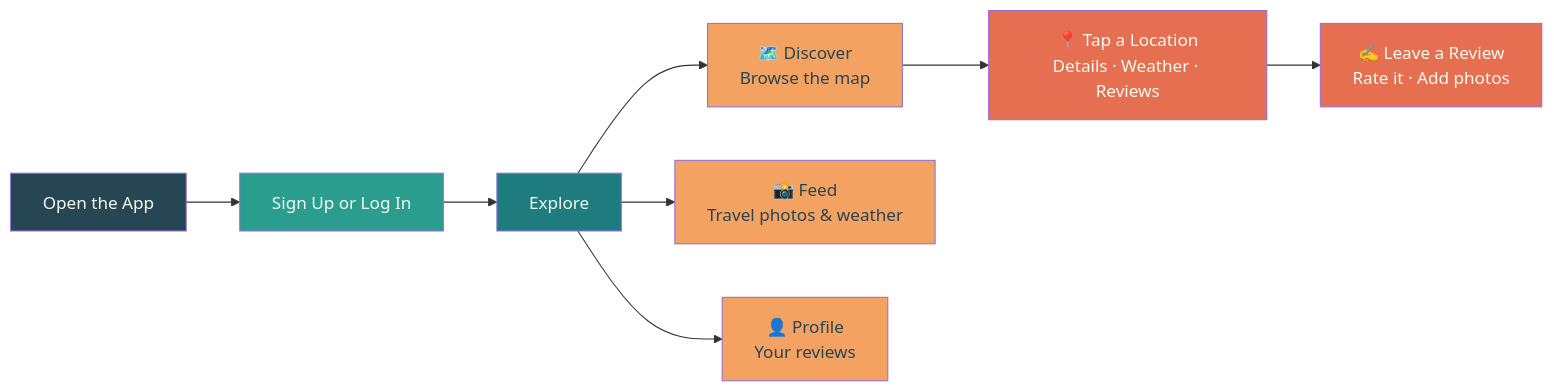
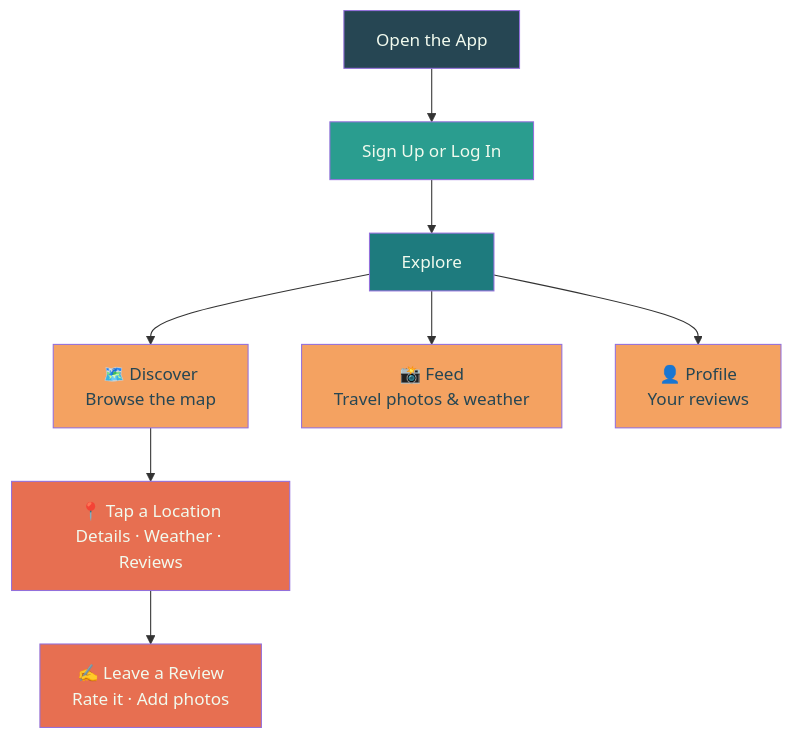
Before and after one commit to HlexNC/iTravel: the diagram in README.md, drawn with Mermaid.

Commit message:
Change flowchart direction in README
Updated flowchart direction from LR to TD in README.

````diff
--- a/README.md
+++ b/README.md
@@ -45,21 +45,21 @@
 ```mermaid
-flowchart LR
+flowchart TD
     A["Open the App"] --> B["Sign Up or Log In"]
     B --> C["Explore"]
 
     C --> D["🗺️ Discover\nBrowse the map"]
     C --> E["📸 Feed\nTravel photos & weather"]
     C --> F["👤 Profile\nYour reviews"]
 
     D --> G["📍 Tap a Location\nDetails · Weather · Reviews"]
     G --> H["✍️ Leave a Review\nRate it · Add photos"]
 
     style A fill:#264653,color:#F1FAEE
     style B fill:#2A9D8F,color:#F1FAEE
     style C fill:#1E7B7E,color:#F1FAEE
     style D fill:#F4A261,color:#264653
     style E fill:#F4A261,color:#264653
     style F fill:#F4A261,color:#264653
     style G fill:#E76F51,color:#F1FAEE
     style H fill:#E76F51,color:#F1FAEE
 ```
````
